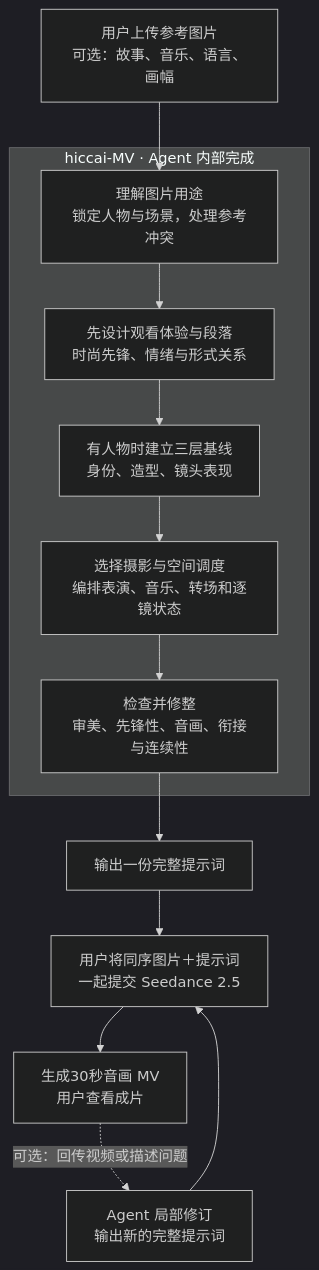
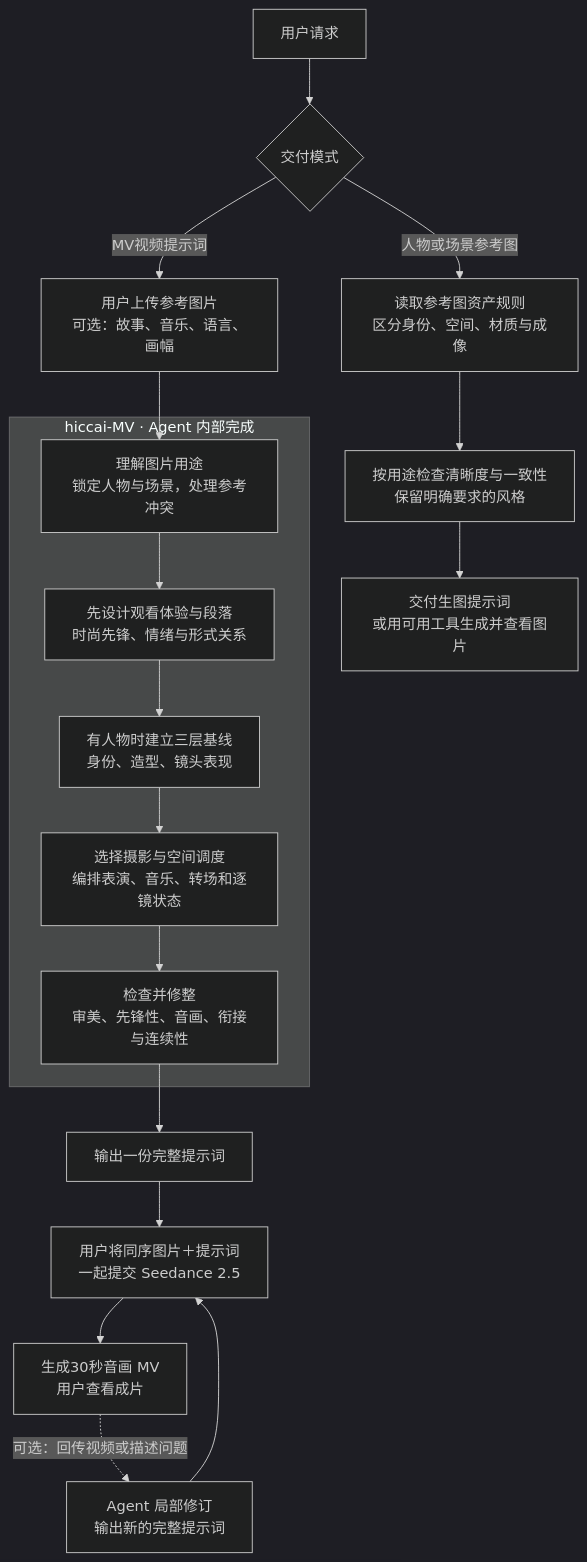
The diagram in 使用指南.md (laixi969-coder/hiccai-mv), drawn with Mermaid (dark theme) before and after one commit. The commit also changed other lines of this file and 7 other files, not shown here.

````diff
--- a/使用指南.md
+++ b/使用指南.md
@@ -13,15 +15,20 @@
 ```mermaid
 flowchart TD
+    U[用户请求] --> M{交付模式}
+    M -->|MV视频提示词| A
+    M -->|人物或场景参考图| R[读取参考图资产规则<br/>区分身份、空间、材质与成像]
+    R --> Q[按用途检查清晰度与一致性<br/>保留明确要求的风格]
+    Q --> I[交付生图提示词<br/>或用可用工具生成并查看图片]
     A[用户上传参考图片<br/>可选：故事、音乐、语言、画幅] --> B
     subgraph S[hiccai-MV · Agent 内部完成]
         B[理解图片用途<br/>锁定人物与场景，处理参考冲突] --> V[先设计观看体验与段落<br/>时尚先锋、情绪与形式关系]
         V --> P[有人物时建立三层基线<br/>身份、造型、镜头表现]
         P --> C[选择摄影与空间调度<br/>编排表演、音乐、转场和逐镜状态]
         C --> D[检查并修整<br/>审美、先锋性、音画、衔接与连续性]
     end
     D --> E[输出一份完整提示词]
     E --> F[用户将同序图片＋提示词<br/>一起提交 Seedance 2.5]
     F --> G[生成30秒音画 MV<br/>用户查看成片]
     G -. 可选：回传视频或描述问题 .-> H[Agent 局部修订<br/>输出新的完整提示词]
     H --> F
 ```
````
